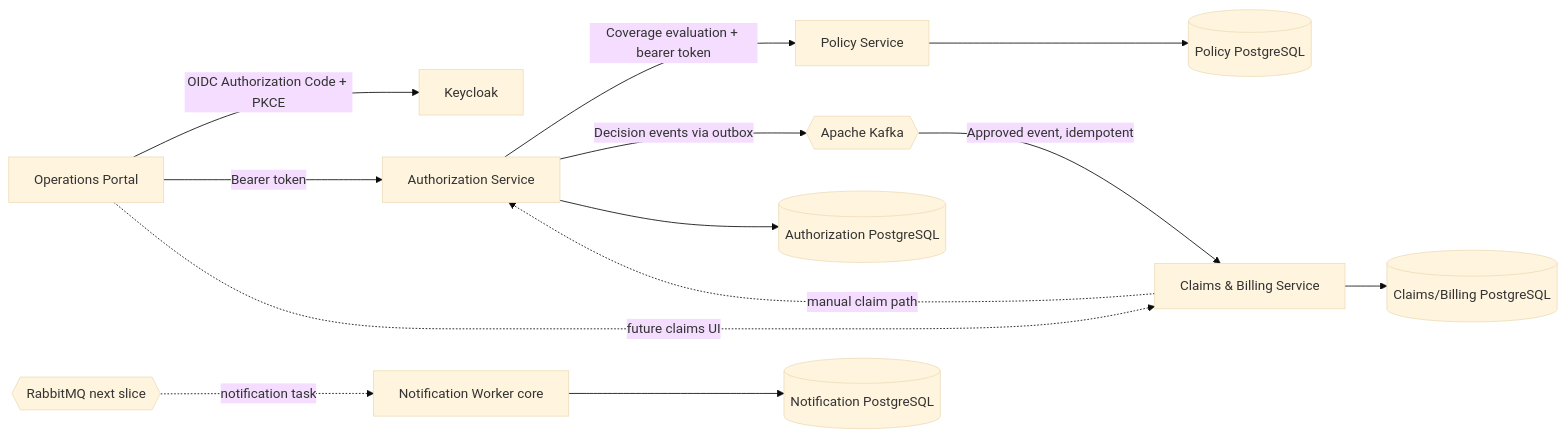
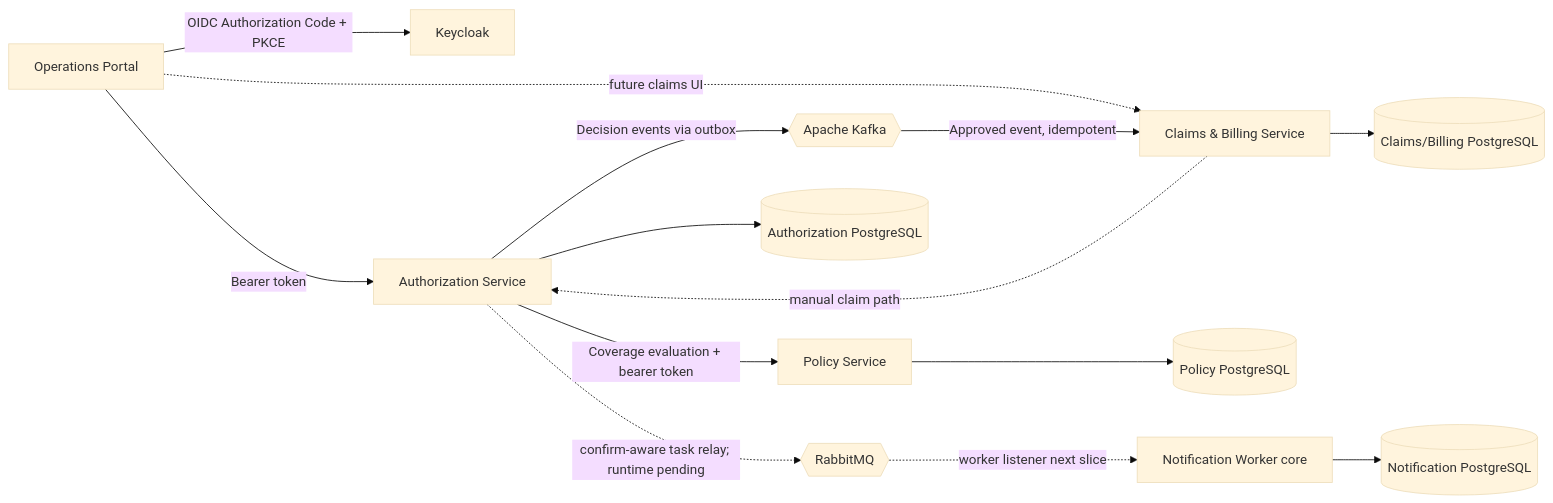
Before and after one commit to aydindemir1/health-insurance-platform: the diagram in docs/project-technical-walkthrough.md, drawn with Mermaid (base theme). The commit also changed other lines of this file and 9 other files, not shown here.

Commit message:
docs: document notification task publishing

````diff
--- a/docs/project-technical-walkthrough.md
+++ b/docs/project-technical-walkthrough.md
@@ -135,15 +143,16 @@
 ```mermaid
 flowchart LR
     Browser[Operations Portal] -->|OIDC Authorization Code + PKCE| KC[Keycloak]
     Browser -->|Bearer token| Auth[Authorization Service]
     Auth -->|Coverage evaluation + bearer token| Policy[Policy Service]
     Auth -->|Decision events via outbox| Kafka{{Apache Kafka}}
     Browser -. future claims UI .-> Claims[Claims & Billing Service]
     Kafka -->|Approved event, idempotent| Claims
     Claims -. manual claim path .-> Auth
     Auth --> AuthDB[(Authorization PostgreSQL)]
     Policy --> PolicyDB[(Policy PostgreSQL)]
     Claims --> ClaimsDB[(Claims/Billing PostgreSQL)]
-    Worker[Notification Worker core] --> WorkerDB[(Notification PostgreSQL)]
-    Rabbit{{RabbitMQ next slice}} -. notification task .-> Worker
+    Auth -. confirm-aware task relay; runtime pending .-> Rabbit{{RabbitMQ}}
+    Rabbit -. worker listener next slice .-> Worker[Notification Worker core]
+    Worker --> WorkerDB[(Notification PostgreSQL)]
 ```
````
